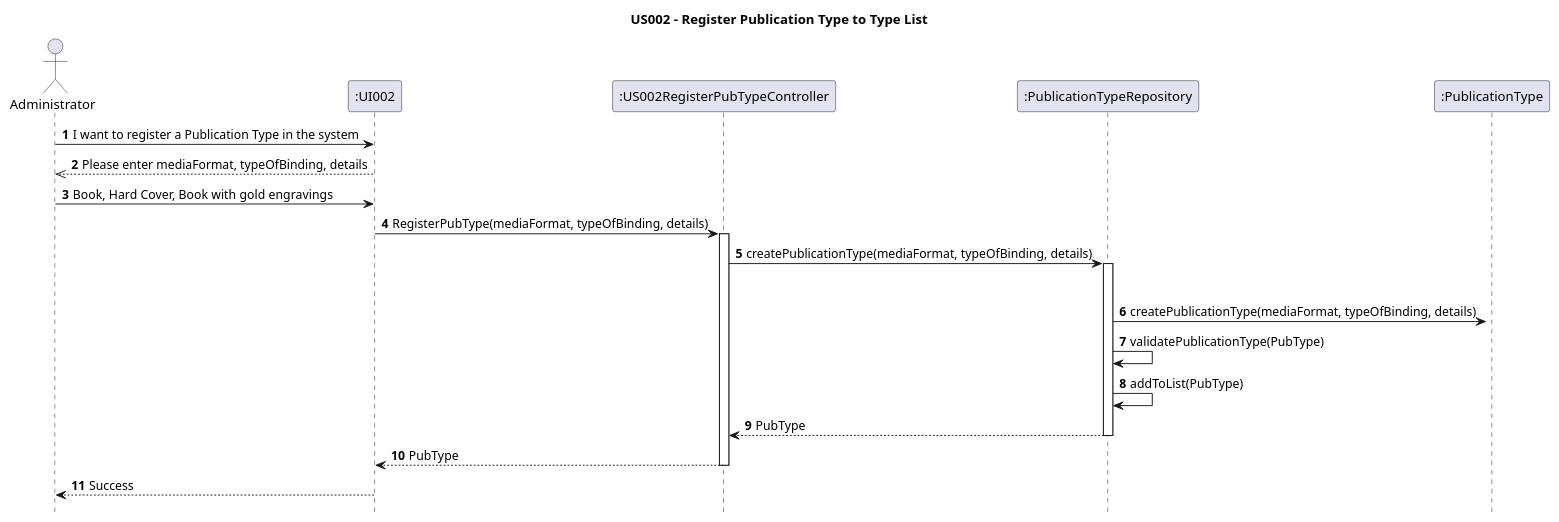
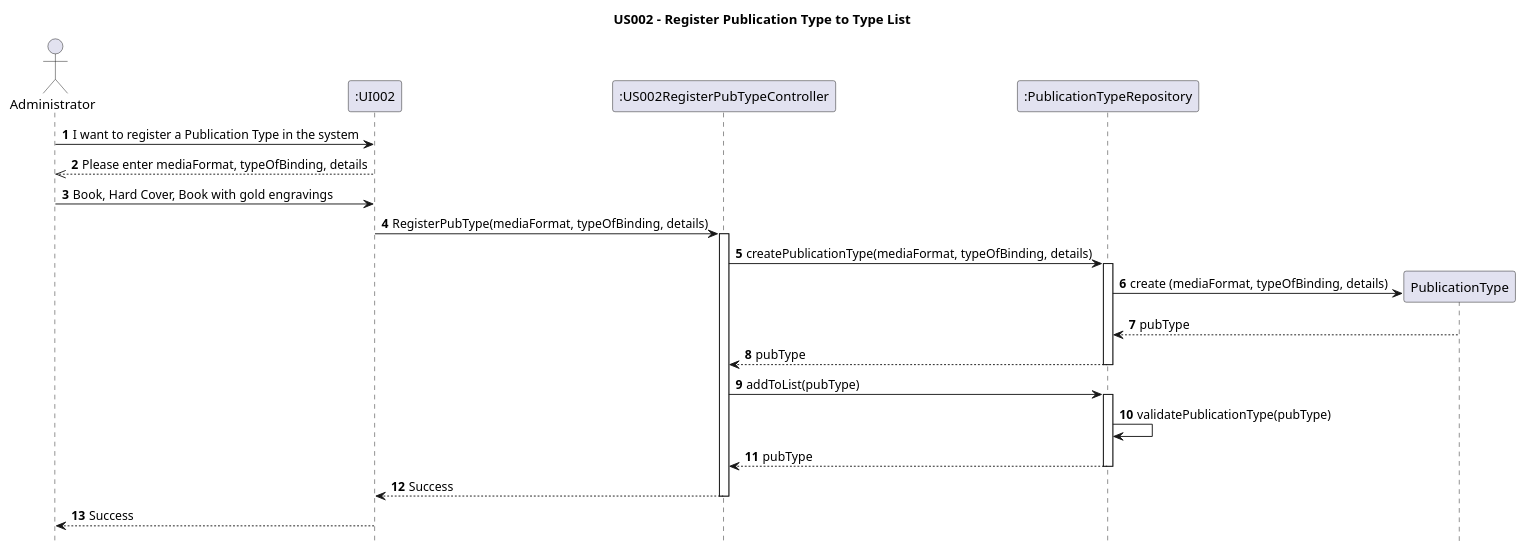
One commit to AndrePereiraGitH/SWitCH-Project-Team_A changed the diagram in Diagrams/SequenceDiagrams/N2/US002-to-add-a-publication-type-to-type-list.puml. Above: the diagram before and after it, drawn with PlantUML. The commit also changed 3 other files, not shown here.

Commit message:
Working on #24 and #42, corrected Diagrams

```diff
--- a/Diagrams/SequenceDiagrams/N2/US002-to-add-a-publication-type-to-type-list.puml
+++ b/Diagrams/SequenceDiagrams/N2/US002-to-add-a-publication-type-to-type-list.puml
@@ -1,38 +1,41 @@
 @startuml
 hide footbox
 title US002 - Register Publication Type to Type List
 
 autonumber
 
 actor Administrator
 participant ":UI002" as UI
 participant ":US002RegisterPubTypeController" as Ctrl
 participant ":PublicationTypeRepository" as Repo
-participant ":PublicationType" as PubType
+
 
 Administrator -> UI : I want to register a Publication Type in the system
 UI -->> Administrator : Please enter mediaFormat, typeOfBinding, details
 Administrator -> UI : Book, Hard Cover, Book with gold engravings
 
 UI -> Ctrl : RegisterPubType(mediaFormat, typeOfBinding, details)
 activate Ctrl
 
 Ctrl -> Repo : createPublicationType(mediaFormat, typeOfBinding, details)
 
 activate Repo
-deactivate PubType
 
-Repo -> PubType ++ : createPublicationType(mediaFormat, typeOfBinding, details)
-Repo -> Repo : validatePublicationType(PubType)
-
-Repo -> Repo : addToList(PubType)
-
-Repo --> Ctrl : PubType
+create PublicationType
+Repo -> PublicationType: create (mediaFormat, typeOfBinding, details)
+PublicationType --> Repo : pubType
+Repo --> Ctrl : pubType
 deactivate Repo
 
-Ctrl --> UI : PubType
+Ctrl -> Repo : addToList(pubType)
+activate Repo
+Repo -> Repo : validatePublicationType(pubType)
+Repo --> Ctrl : pubType
+deactivate Repo
+
+Ctrl --> UI : Success
 deactivate Ctrl
 
 UI --> Administrator : Success
 
 @enduml
```
